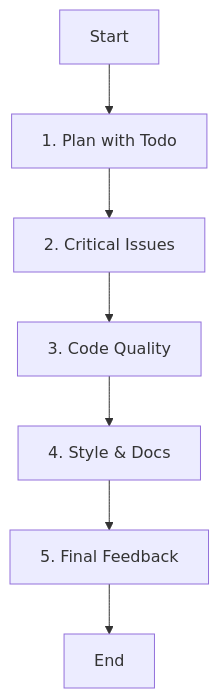
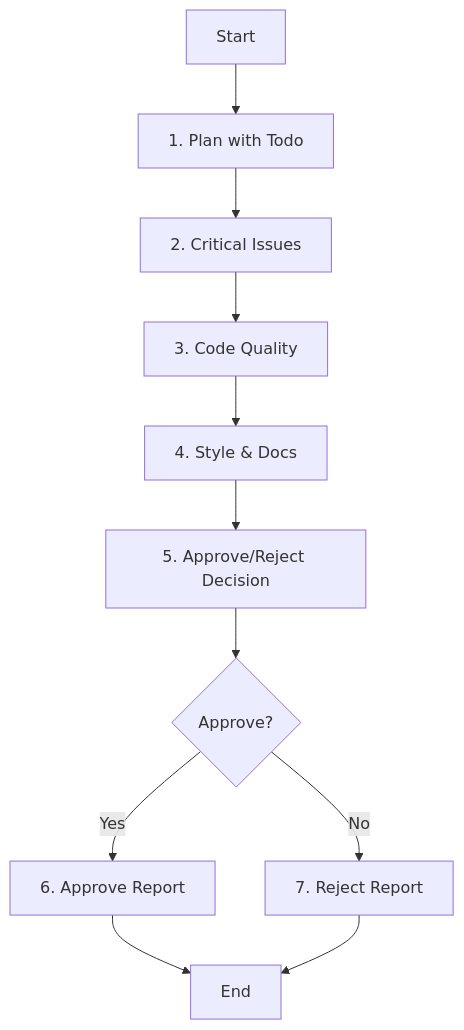
The diagram in opencode/config/agent/py-code-reviewer.md (ksm0709/dotfiles), drawn with Mermaid before and after one commit. The commit also changed other lines of this file and 1 other file, not shown here.

First line of the commit message:
feat(pm): add code reviewer approve/reject decision loop

````diff
--- a/opencode/config/agent/py-code-reviewer.md
+++ b/opencode/config/agent/py-code-reviewer.md
@@ -27,9 +36,13 @@
 ```mermaid
 graph TD
     Start[Start] --> Plan[1. Plan with Todo]
     Plan --> Critical[2. Critical Issues]
     Critical --> Quality[3. Code Quality]
     Quality --> Style[4. Style & Docs]
-    Style --> Feedback[5. Final Feedback]
-    Feedback --> End[End]
+    Style --> Decision[5. Approve/Reject Decision]
+    Decision --> Approve{Approve?}
+    Approve -- Yes --> ApproveReport[6. Approve Report]
+    Approve -- No --> RejectReport[7. Reject Report]
+    ApproveReport --> End[End]
+    RejectReport --> End[End]
 ```
````
